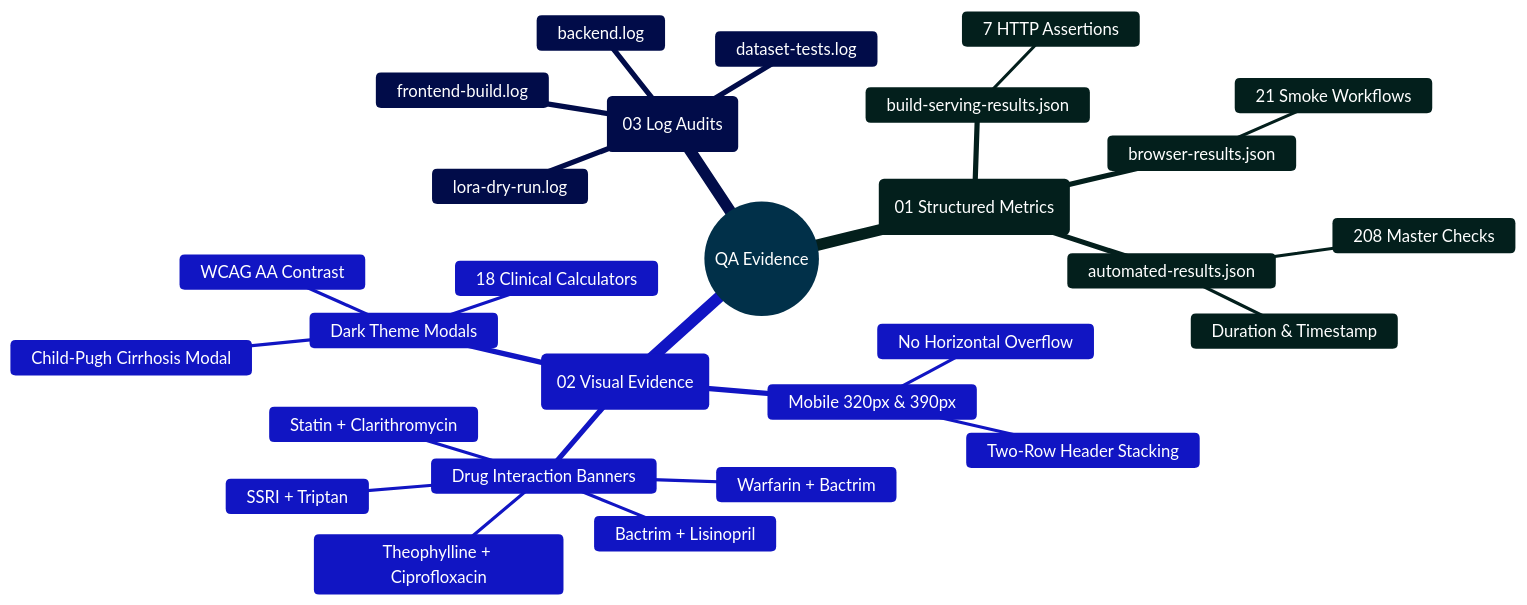
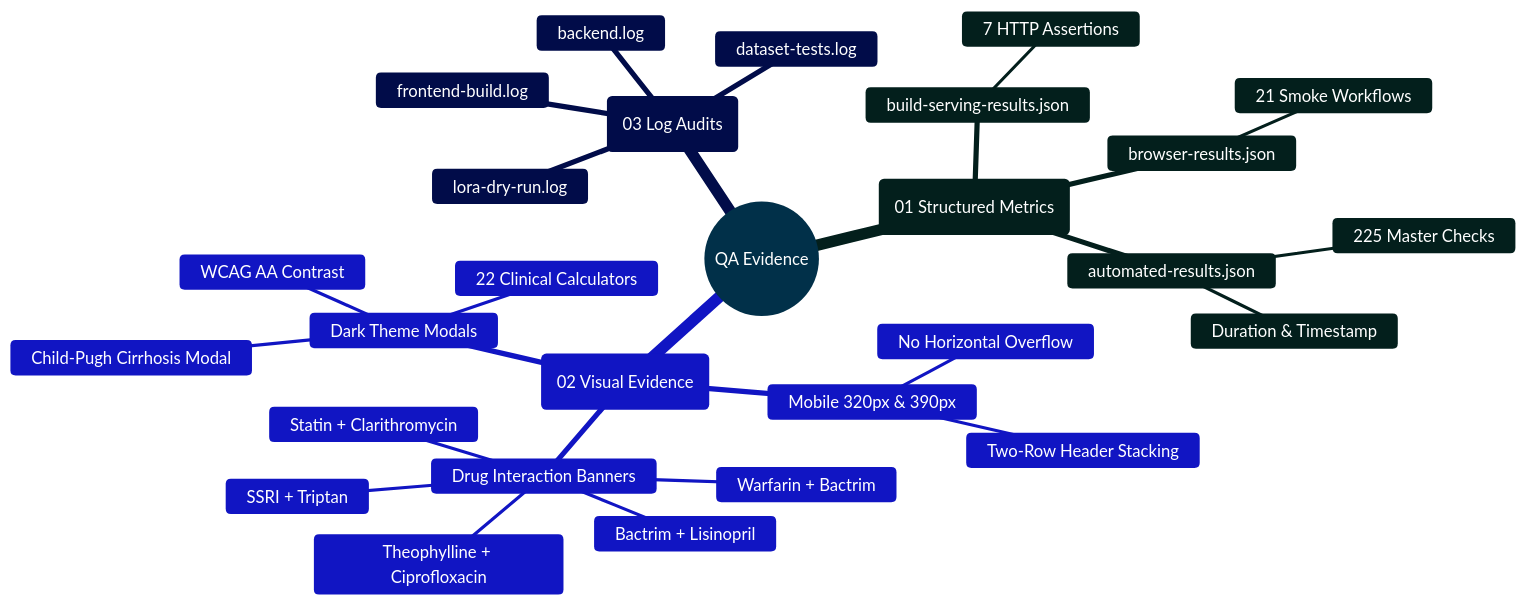
Before and after one commit to Ganesh172919/React-App-LLM: the diagram in output/qa/README.md, drawn with Mermaid. The commit also changed other lines of this file and 39 other files, not shown here.

````diff
--- a/output/qa/README.md
+++ b/output/qa/README.md
@@ -45,33 +45,33 @@
 ```mermaid
 %%{init: {'theme': 'base', 'themeVariables': { 'primaryColor': '#0284c7', 'primaryTextColor': '#ffffff', 'primaryBorderColor': '#0369a1', 'lineColor': '#0284c7', 'secondaryColor': '#0d9488', 'tertiaryColor': '#6366f1' }}}%%
 mindmap
   root((QA Evidence))
     ::icon(fa fa-clipboard-check)
     (01 Structured Metrics)
       automated-results.json
-        208 Master Checks
+        225 Master Checks
         Duration & Timestamp
       browser-results.json
         21 Smoke Workflows
       build-serving-results.json
         7 HTTP Assertions
     (02 Visual Evidence)
       Mobile 320px & 390px
         No Horizontal Overflow
         Two-Row Header Stacking
       Dark Theme Modals
         WCAG AA Contrast
-        18 Clinical Calculators
+        22 Clinical Calculators
         Child-Pugh Cirrhosis Modal
       Drug Interaction Banners
         Theophylline + Ciprofloxacin
         Warfarin + Bactrim
         SSRI + Triptan
         Bactrim + Lisinopril
         Statin + Clarithromycin
     (03 Log Audits)
       backend.log
       frontend-build.log
       dataset-tests.log
       lora-dry-run.log
 ```
````
